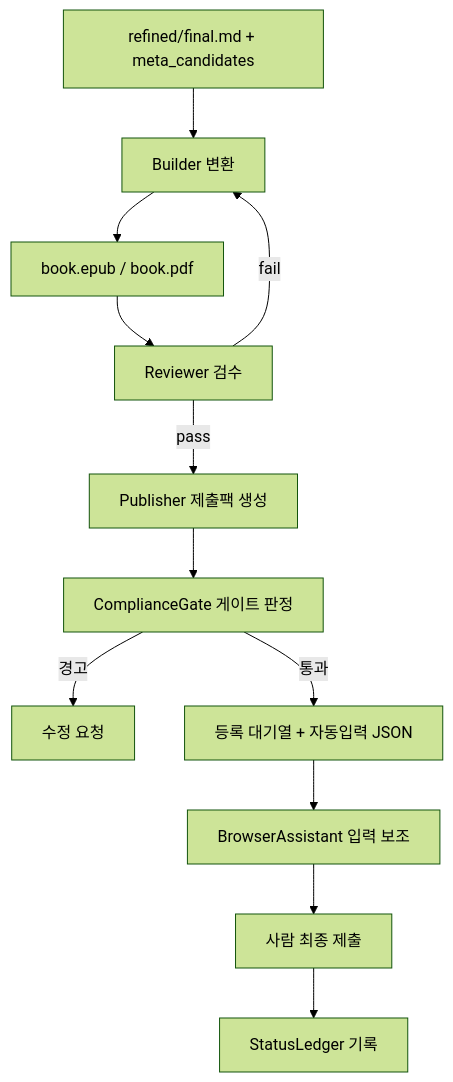
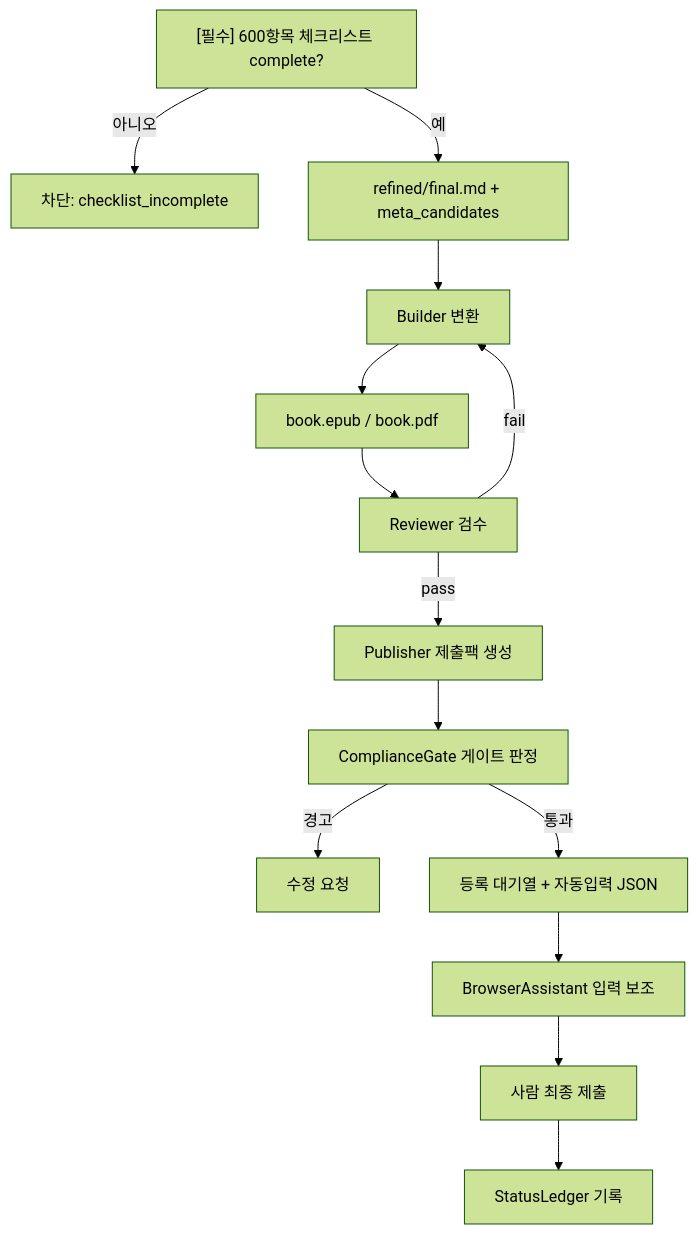
The first of 2 diagrams in docs/03_자동출판_파이프라인_설계서.md (sooasim/book), drawn with Mermaid (forest theme) before and after one commit. The commit also changed other lines of this file and 9 other files, not shown here.

````diff
--- a/docs/03_자동출판_파이프라인_설계서.md
+++ b/docs/03_자동출판_파이프라인_설계서.md
@@ -14,14 +18,16 @@
 ```mermaid
 flowchart TD
-  R["refined/final.md + meta_candidates"] --> B["Builder 변환"]
+  CHK["[필수] 600항목 체크리스트 complete?"] -->|아니오| BLK["차단: checklist_incomplete"]
+  CHK -->|예| R["refined/final.md + meta_candidates"]
+  R --> B["Builder 변환"]
   B --> E["book.epub / book.pdf"]
   E --> V["Reviewer 검수"]
   V -->|fail| B
   V -->|pass| P["Publisher 제출팩 생성"]
   P --> G["ComplianceGate 게이트 판정"]
   G -->|경고| FIX["수정 요청"]
   G -->|통과| Q["등록 대기열 + 자동입력 JSON"]
   Q --> A["BrowserAssistant 입력 보조"]
   A --> H["사람 최종 제출"]
   H --> L["StatusLedger 기록"]
 ```
````
